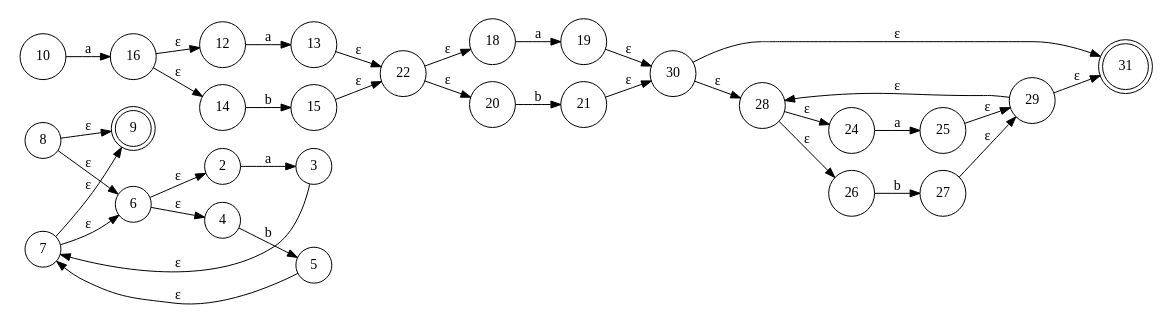
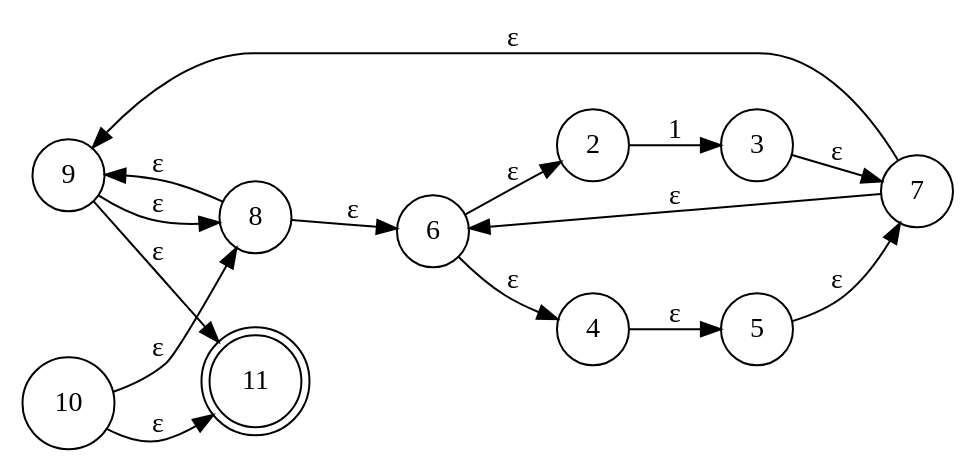
Before and after one commit to MaaarcosG/Automatas: the diagram in Graph/Thompson.gv, drawn with Graphviz. The commit also changed 3 other files, not shown here.

```diff
--- a/Graph/Thompson.gv
+++ b/Graph/Thompson.gv
@@ -1,40 +1,20 @@
 digraph Automata {
 	rankdir=LR size="8,5"
 	node [shape=doublecircle]
-	9
-	31
+	11
 	node [shape=circle]
-	2 -> 3 [label=a]
+	2 -> 3 [label=1]
 	3 -> 7 [label="ε"]
-	4 -> 5 [label=b]
+	4 -> 5 [label="ε"]
 	5 -> 7 [label="ε"]
 	6 -> 2 [label="ε"]
 	6 -> 4 [label="ε"]
 	7 -> 6 [label="ε"]
 	7 -> 9 [label="ε"]
 	8 -> 6 [label="ε"]
 	8 -> 9 [label="ε"]
-	10 -> 16 [label=a]
-	12 -> 13 [label=a]
-	13 -> 22 [label="ε"]
-	14 -> 15 [label=b]
-	15 -> 22 [label="ε"]
-	16 -> 12 [label="ε"]
-	16 -> 14 [label="ε"]
-	18 -> 19 [label=a]
-	19 -> 30 [label="ε"]
-	20 -> 21 [label=b]
-	21 -> 30 [label="ε"]
-	22 -> 18 [label="ε"]
-	22 -> 20 [label="ε"]
-	24 -> 25 [label=a]
-	25 -> 29 [label="ε"]
-	26 -> 27 [label=b]
-	27 -> 29 [label="ε"]
-	28 -> 24 [label="ε"]
-	28 -> 26 [label="ε"]
-	29 -> 28 [label="ε"]
-	29 -> 31 [label="ε"]
-	30 -> 28 [label="ε"]
-	30 -> 31 [label="ε"]
+	9 -> 8 [label="ε"]
+	9 -> 11 [label="ε"]
+	10 -> 8 [label="ε"]
+	10 -> 11 [label="ε"]
 }
```
